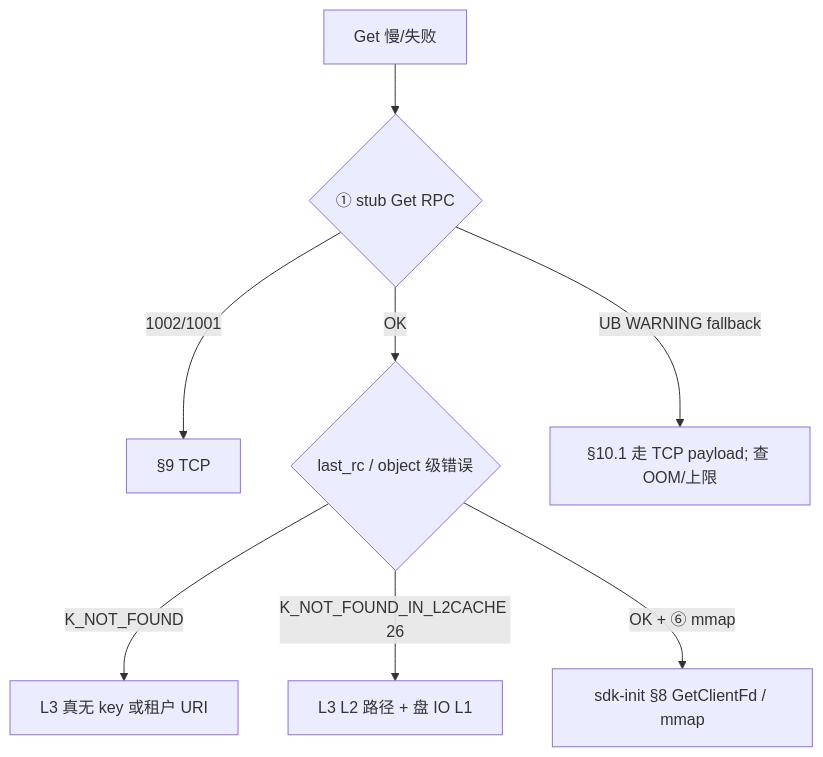
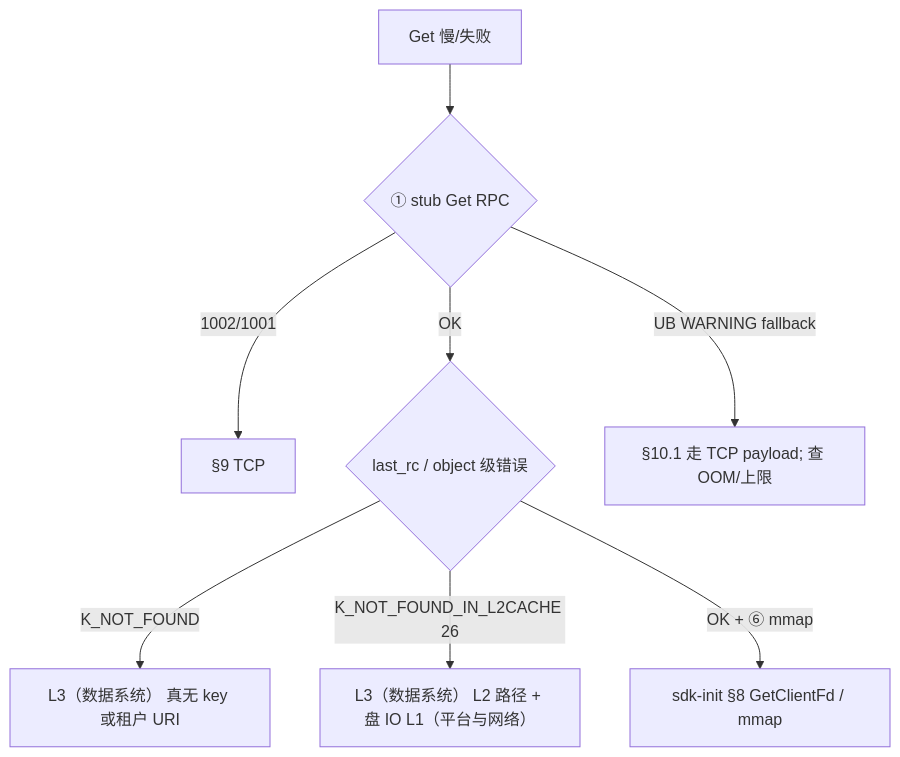
The fifth of 7 diagrams in docs/observable/kv-场景-故障分类与责任边界.md (CheYulin/Docs), drawn with Mermaid before and after one commit. The commit also changed other lines of this file and 2 other files, not shown here.

````diff
--- a/docs/observable/kv-场景-故障分类与责任边界.md
+++ b/docs/observable/kv-场景-故障分类与责任边界.md
@@ -504,10 +506,10 @@
 ```mermaid
 flowchart TD
-  L1[Get 慢/失败] --> L2{① stub Get RPC}
-  L2 -->|1002/1001| L3[§9 TCP]
-  L2 -->|OK| L4{last_rc / object 级错误}
-  L4 -->|K_NOT_FOUND| L5[L3 真无 key 或租户 URI]
-  L4 -->|K_NOT_FOUND_IN_L2CACHE 26| L6[L3 L2 路径 + 盘 IO L1]
-  L4 -->|OK + ⑥ mmap| L7[sdk-init §8 GetClientFd / mmap]
-  L2 -->|UB WARNING fallback| L8[§10.1 走 TCP payload; 查 OOM/上限]
+  N1[Get 慢/失败] --> N2{① stub Get RPC}
+  N2 -->|1002/1001| N3[§9 TCP]
+  N2 -->|OK| N4{last_rc / object 级错误}
+  N4 -->|K_NOT_FOUND| N5[L3（数据系统） 真无 key 或租户 URI]
+  N4 -->|K_NOT_FOUND_IN_L2CACHE 26| N6[L3（数据系统） L2 路径 + 盘 IO L1（平台与网络）]
+  N4 -->|OK + ⑥ mmap| N7[sdk-init §8 GetClientFd / mmap]
+  N2 -->|UB WARNING fallback| N8[§10.1 走 TCP payload; 查 OOM/上限]
 ```
````
